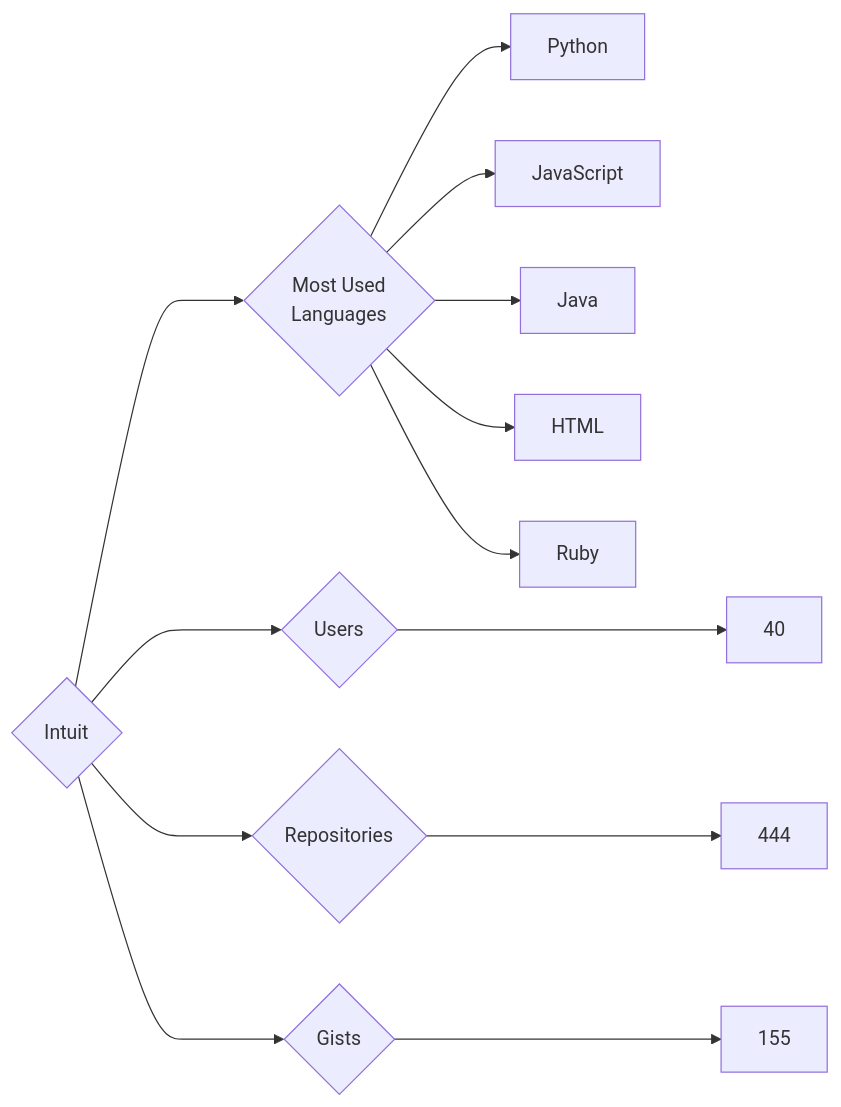
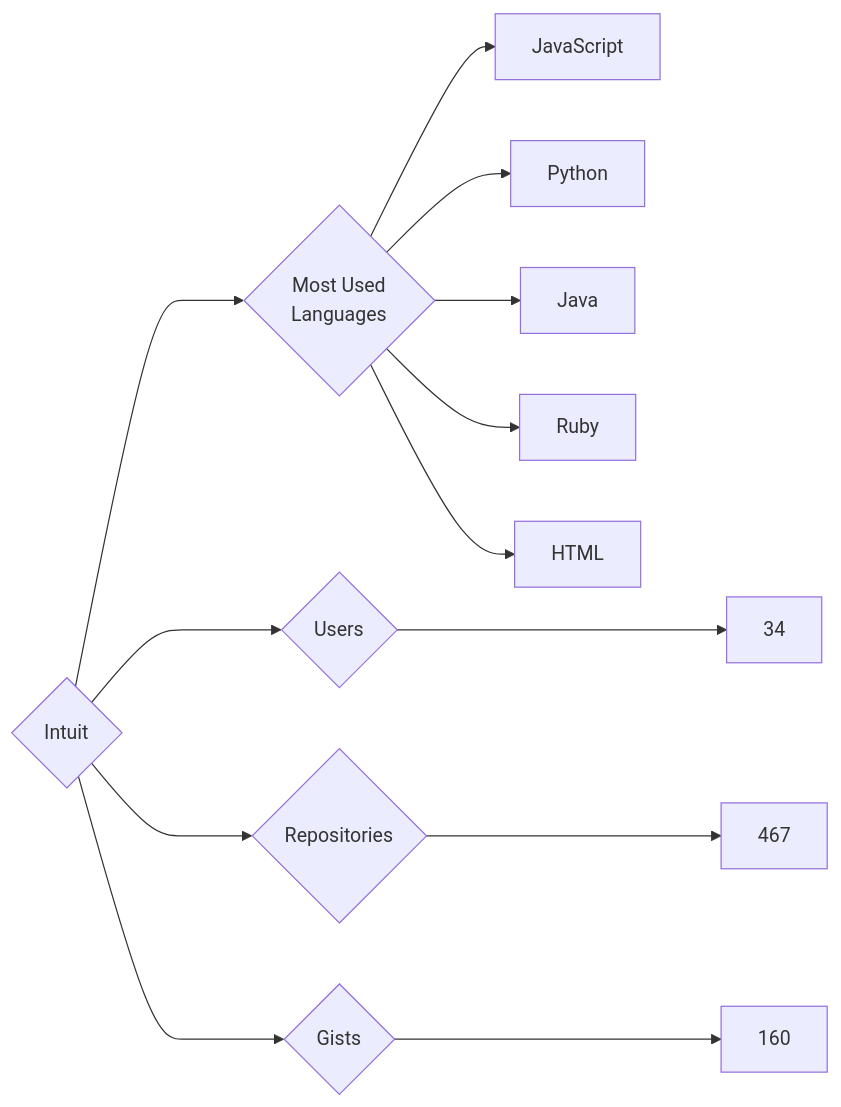
The diagram in targets/Intuit/README.md (trickest/insiders), drawn with Mermaid before and after one commit. The commit also changed 838 other files, not shown here.

````diff
--- a/targets/Intuit/README.md
+++ b/targets/Intuit/README.md
@@ -3,13 +3,13 @@
 ```mermaid
 graph LR
 COMPANY_NAME{Intuit}
-COMPANY_NAME ---> U{Users} ---> UN[40]
-COMPANY_NAME ---> R{Repositories} ---> RN[444]
-COMPANY_NAME ---> G{Gists} ---> GN[155]
+COMPANY_NAME ---> U{Users} ---> UN[34]
+COMPANY_NAME ---> R{Repositories} ---> RN[467]
+COMPANY_NAME ---> G{Gists} ---> GN[160]
 COMPANY_NAME ---> ML{Most Used<br>Languages}
+ML --> JavaScript[JavaScript]
 ML --> Python[Python]
-ML --> JavaScript[JavaScript]
 ML --> Java[Java]
+ML --> Ruby[Ruby]
 ML --> HTML[HTML]
-ML --> Ruby[Ruby]
 ```
````
